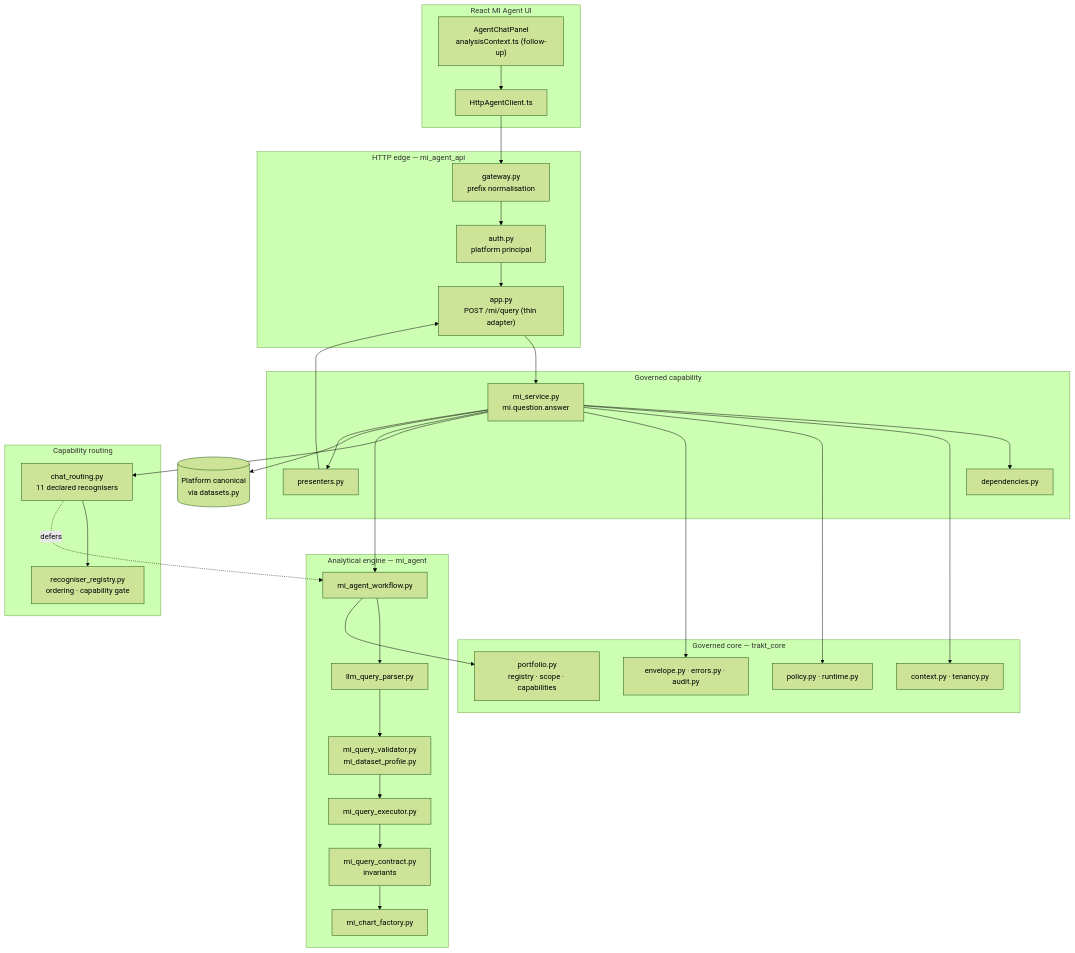
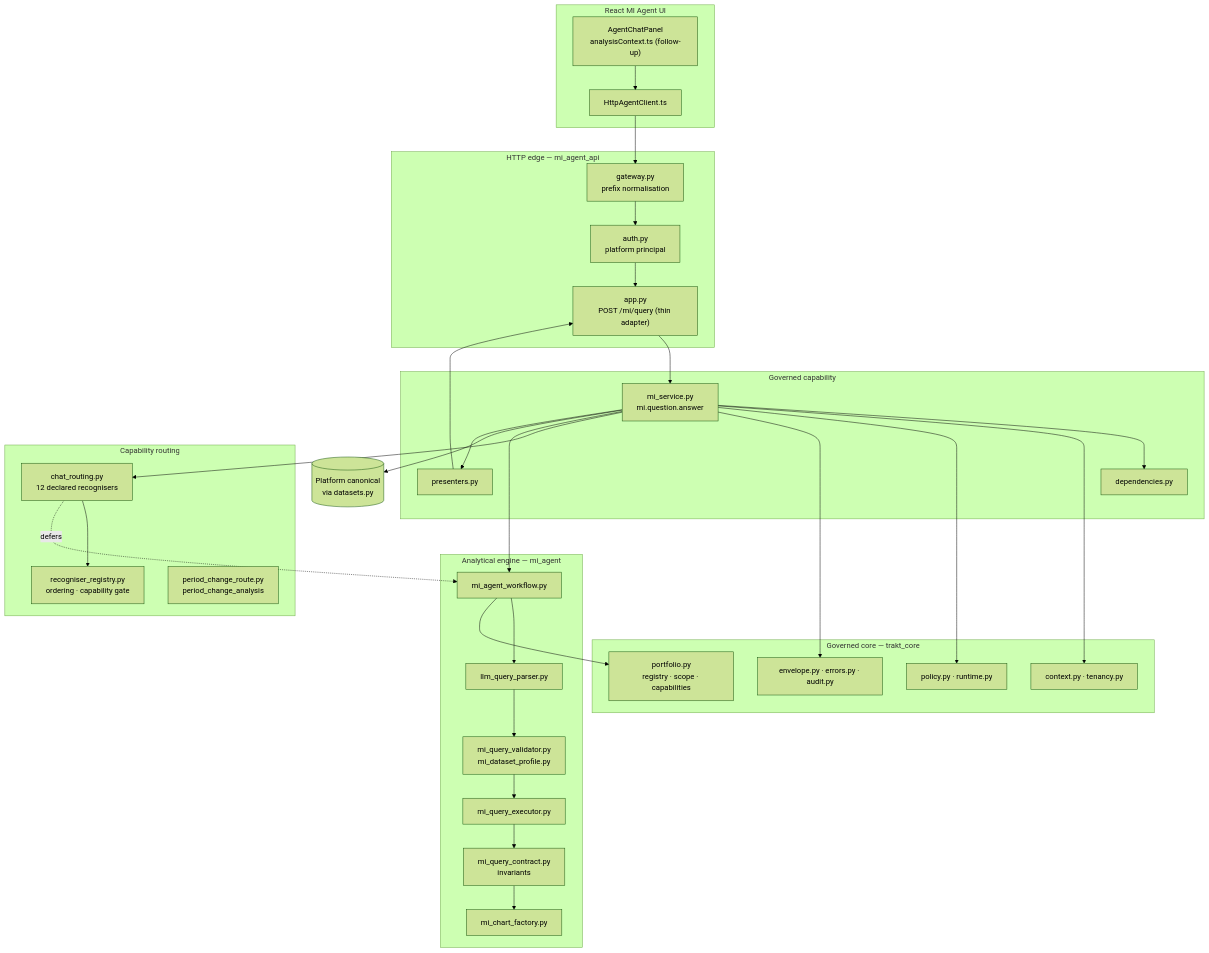
One commit to joshua1602-svg/trakt changed the first of 8 diagrams in docs/mi_query_agent_architecture.md. Above: the diagram before and after it, drawn with Mermaid (forest theme). The commit also changed other lines of this file and 26 other files, not shown here.

````diff
--- a/docs/mi_query_agent_architecture.md
+++ b/docs/mi_query_agent_architecture.md
@@ -22,54 +22,55 @@
 ```mermaid
 flowchart TB
   subgraph client["React MI Agent UI"]
     UI["AgentChatPanel<br/>analysisContext.ts (follow-up)"]
     HC["HttpAgentClient.ts"]
   end
 
   subgraph edge["HTTP edge — mi_agent_api"]
     GW["gateway.py<br/>prefix normalisation"]
     AUTH["auth.py<br/>platform principal"]
     APP["app.py<br/>POST /mi/query (thin adapter)"]
   end
 
   subgraph capability["Governed capability"]
     SVC["mi_service.py<br/>mi.question.answer"]
     DEPS["dependencies.py"]
     PRES["presenters.py"]
   end
 
   subgraph routing["Capability routing"]
     RREG["recogniser_registry.py<br/>ordering · capability gate"]
-    CR["chat_routing.py<br/>11 declared recognisers"]
+    CR["chat_routing.py<br/>12 declared recognisers"]
+    PC["period_change_route.py<br/>period_change_analysis"]
   end
 
   subgraph engine["Analytical engine — mi_agent"]
     WF["mi_agent_workflow.py"]
     PARSE["llm_query_parser.py"]
     VAL["mi_query_validator.py<br/>mi_dataset_profile.py"]
     EXEC["mi_query_executor.py"]
     CONTRACT["mi_query_contract.py<br/>invariants"]
     CHART["mi_chart_factory.py"]
   end
 
   subgraph governed["Governed core — trakt_core"]
     CTX["context.py · tenancy.py"]
     POL["policy.py · runtime.py"]
     PORT["portfolio.py<br/>registry · scope · capabilities"]
     ENV["envelope.py · errors.py · audit.py"]
   end
 
   DATA[("Platform canonical<br/>via datasets.py")]
 
   UI --> HC --> GW --> AUTH --> APP --> SVC
   SVC --> DEPS
   SVC --> CTX & POL & ENV
   SVC --> CR
   CR --> RREG
   SVC --> WF
   CR -.->|defers| WF
   WF --> PARSE --> VAL --> EXEC --> CONTRACT --> CHART
   WF --> PORT
   SVC --> DATA
   SVC --> PRES --> APP
 ```
````
